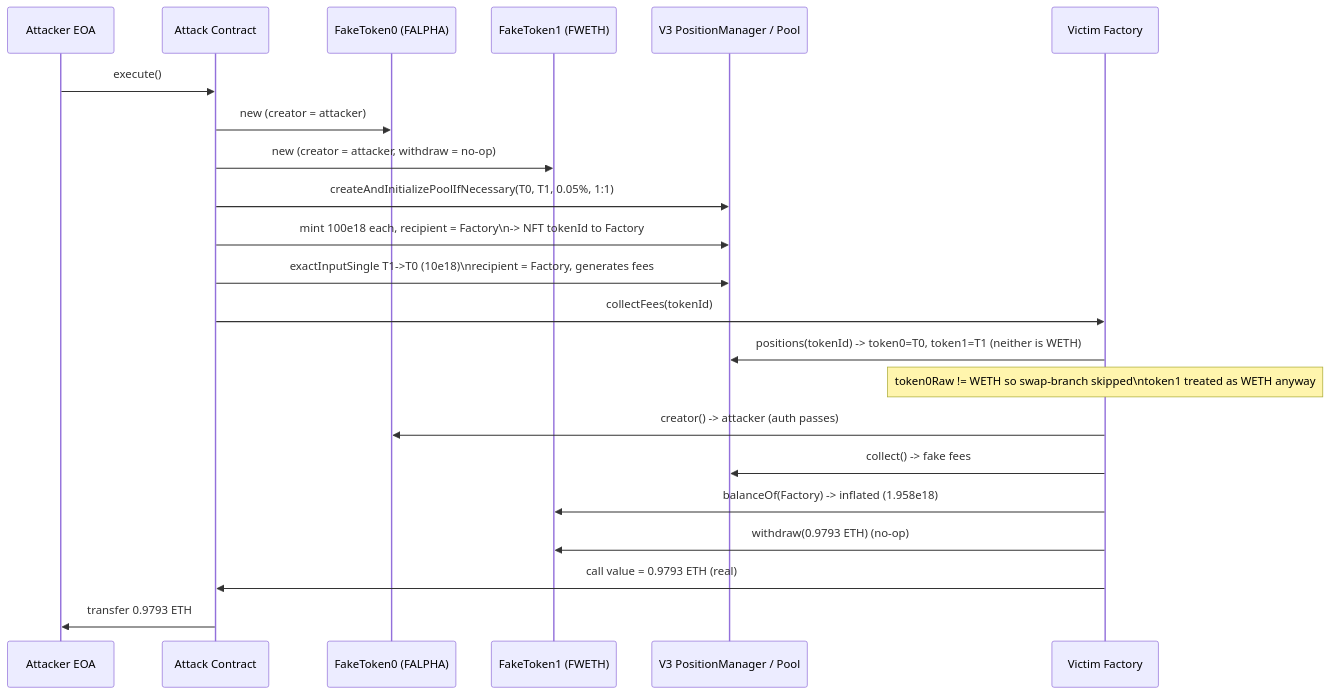
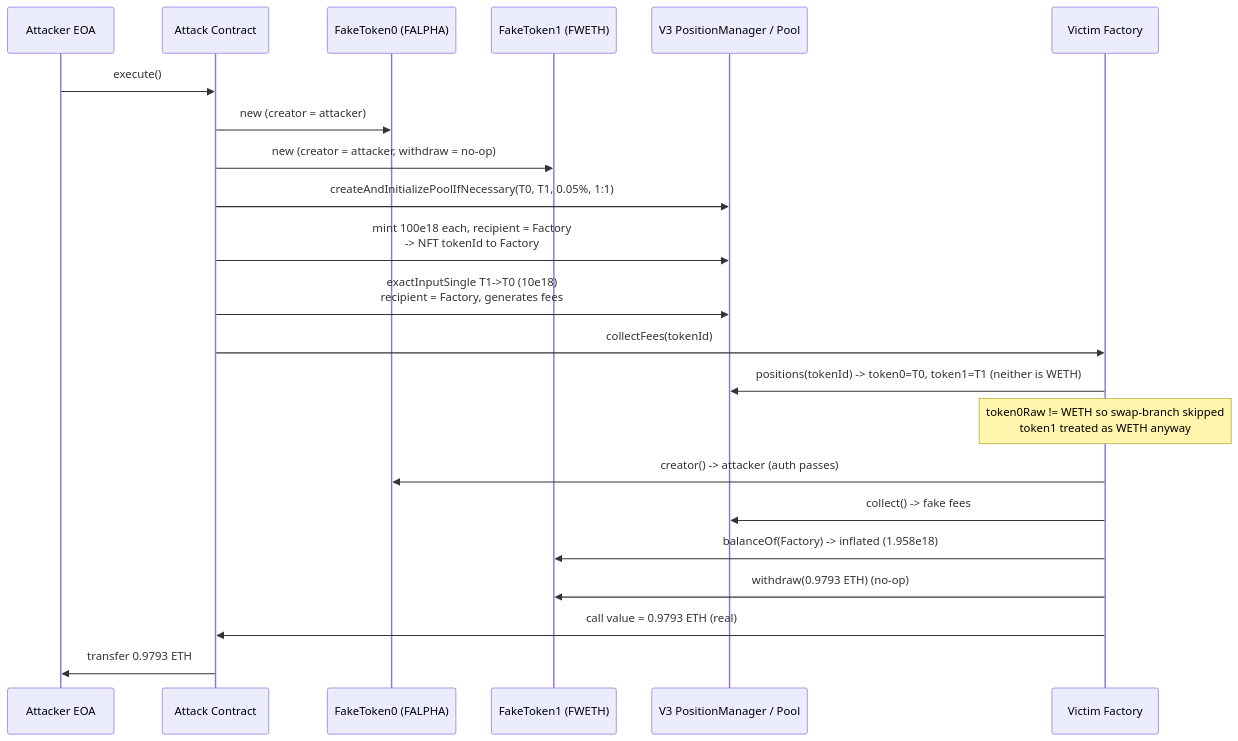
Before and after one commit to sanbir/evm-hack-registry: the first of 2 diagrams in 2025-06-InitcodeFactoryFees_exp/InitcodeFactoryFees_exp.md, drawn with Mermaid. The commit also changed 280 other files, not shown here.

Commit message:
mermaid fixes

````diff
--- a/2025-06-InitcodeFactoryFees_exp/InitcodeFactoryFees_exp.md
+++ b/2025-06-InitcodeFactoryFees_exp/InitcodeFactoryFees_exp.md
@@ -131,25 +131,25 @@
 ```mermaid
 sequenceDiagram
     participant A as Attacker EOA
     participant C as Attack Contract
     participant T0 as FakeToken0 (FALPHA)
     participant T1 as FakeToken1 (FWETH)
     participant V3 as V3 PositionManager / Pool
     participant F as Victim Factory
 
     A->>C: execute()
     C->>T0: new (creator = attacker)
     C->>T1: new (creator = attacker, withdraw = no-op)
     C->>V3: createAndInitializePoolIfNecessary(T0, T1, 0.05%, 1:1)
-    C->>V3: mint 100e18 each, recipient = Factory\n-> NFT tokenId to Factory
-    C->>V3: exactInputSingle T1->T0 (10e18)\nrecipient = Factory, generates fees
+    C->>V3: mint 100e18 each, recipient = Factory<br/>-> NFT tokenId to Factory
+    C->>V3: exactInputSingle T1->T0 (10e18)<br/>recipient = Factory, generates fees
     C->>F: collectFees(tokenId)
     F->>V3: positions(tokenId) -> token0=T0, token1=T1 (neither is WETH)
-    Note over F: token0Raw != WETH so swap-branch skipped\ntoken1 treated as WETH anyway
+    Note over F: token0Raw != WETH so swap-branch skipped<br/>token1 treated as WETH anyway
     F->>T0: creator() -> attacker  (auth passes)
     F->>V3: collect() -> fake fees
     F->>T1: balanceOf(Factory) -> inflated (1.958e18)
     F->>T1: withdraw(0.9793 ETH)  (no-op)
     F->>C: call value = 0.9793 ETH (real)
     C->>A: transfer 0.9793 ETH
 ```
````
